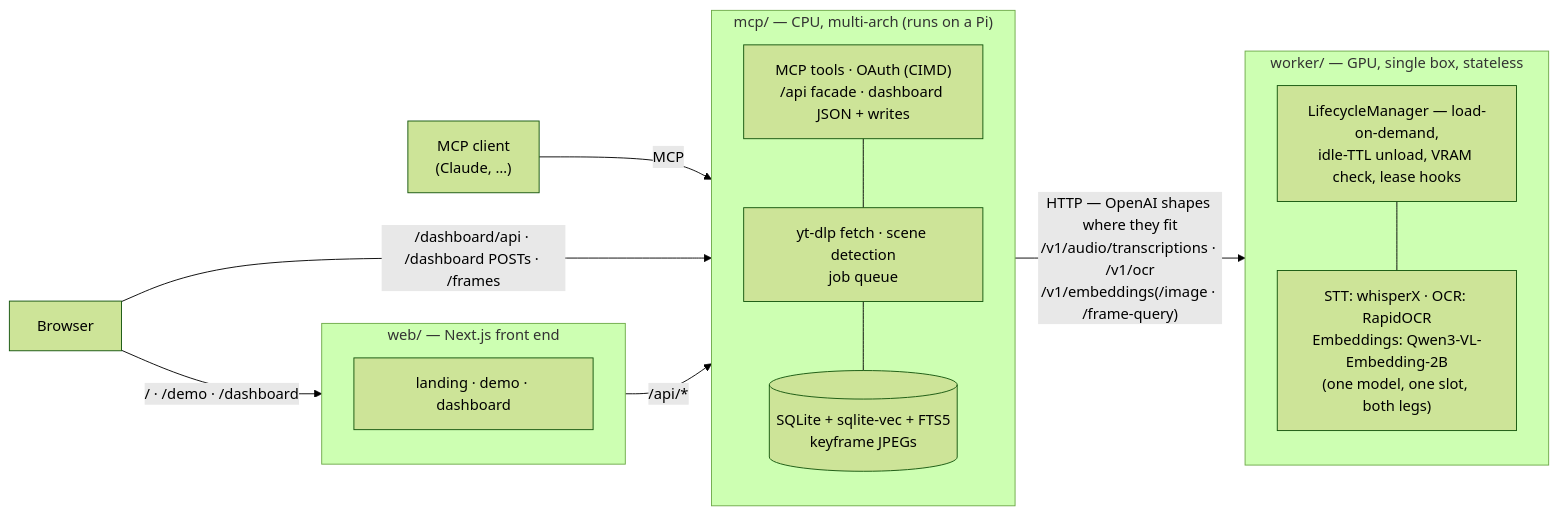
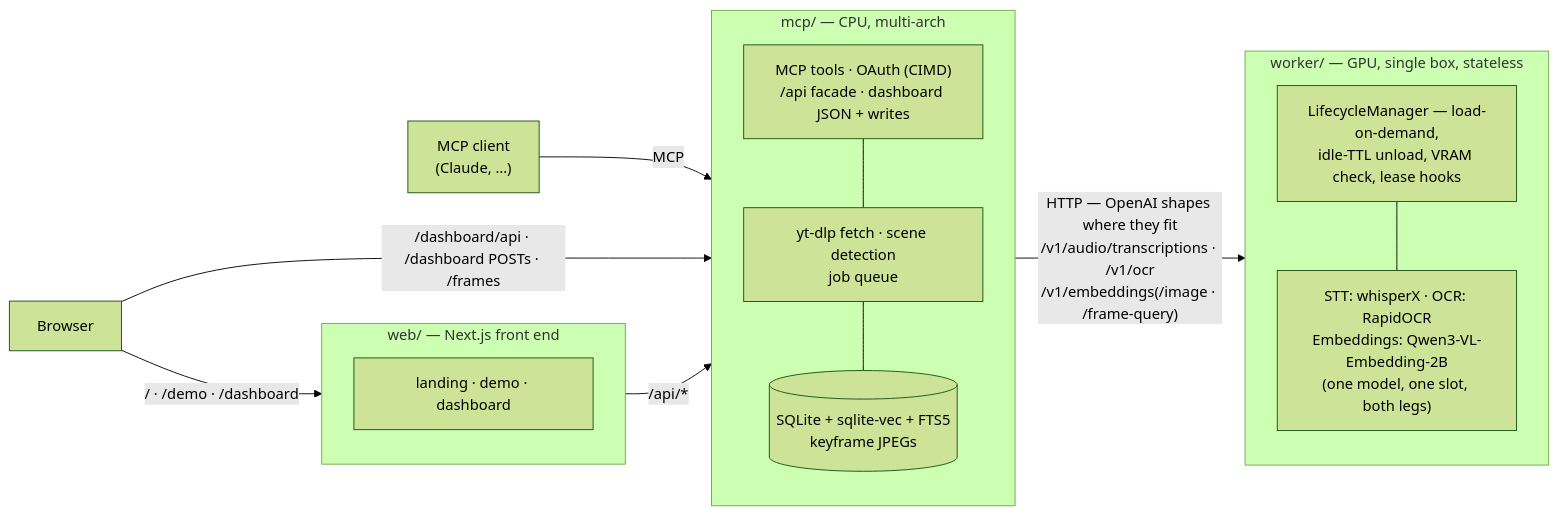
The diagram in README.md (T0mSIlver/vidtheque), drawn with Mermaid (forest theme) before and after one commit. The commit also changed other lines of this file and 3 other files, not shown here.

````diff
--- a/README.md
+++ b/README.md
@@ -66,20 +67,20 @@
 ```mermaid
 flowchart LR
     client["MCP client<br/>(Claude, …)"] -->|MCP| MCP
     browser["Browser"] -->|"/ · /demo · /dashboard"| Web
     browser -->|"/dashboard/api · /dashboard POSTs · /frames"| MCP
     subgraph Web ["web/ — Next.js front end"]
         pages["landing · demo · dashboard"]
     end
     Web -->|"/api/*"| MCP
-    subgraph MCP ["mcp/ — CPU, multi-arch (runs on a Pi)"]
+    subgraph MCP ["mcp/ — CPU, multi-arch"]
         surface["MCP tools · OAuth (CIMD)<br/>/api facade · dashboard JSON + writes"] ---
         pipeline["yt-dlp fetch · scene detection<br/>job queue"] ---
         store[("SQLite + sqlite-vec + FTS5<br/>keyframe JPEGs")]
     end
     MCP -->|"HTTP — OpenAI shapes where they fit<br/>/v1/audio/transcriptions · /v1/ocr<br/>/v1/embeddings(/image · /frame-query)"| Worker
     subgraph Worker ["worker/ — GPU, single box, stateless"]
         lm["LifecycleManager — load-on-demand,<br/>idle-TTL unload, VRAM check, lease hooks"] ---
         backends["STT: whisperX · OCR: RapidOCR<br/>Embeddings: Qwen3-VL-Embedding-2B<br/>(one model, one slot, both legs)"]
     end
 ```
````
